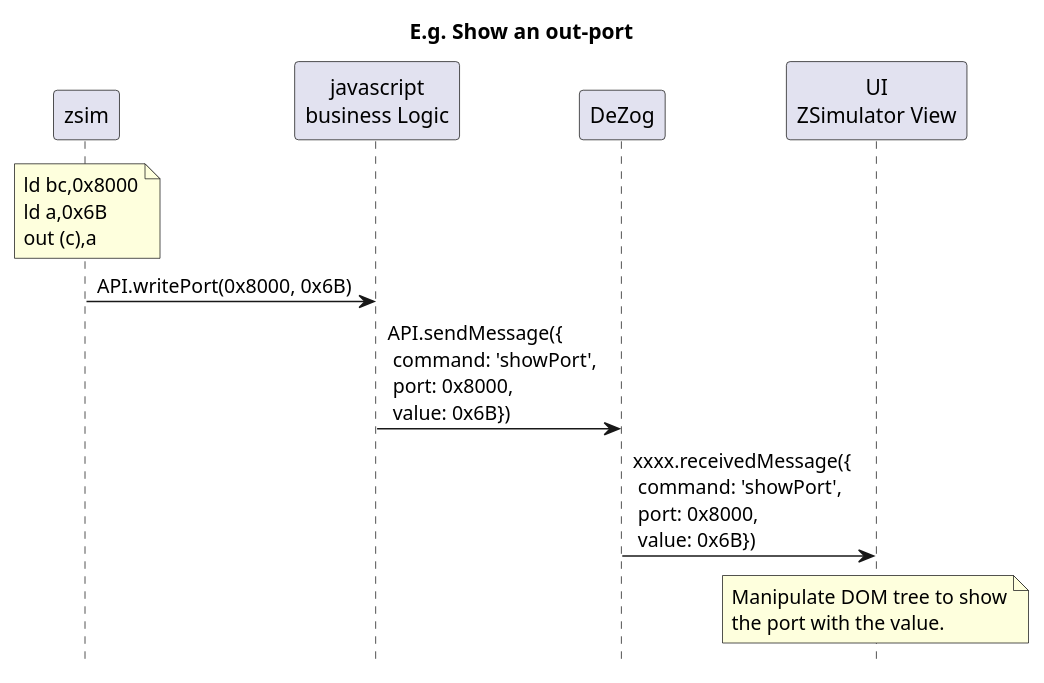
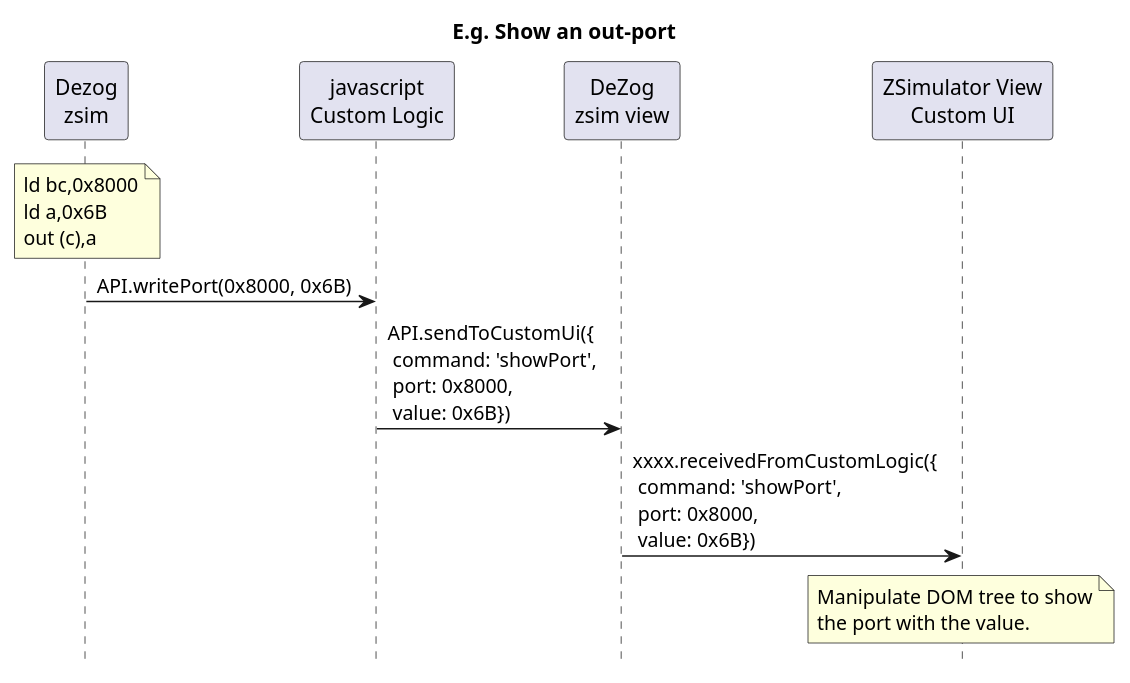
One commit to maziac/DeZog changed the seventh of 9 diagrams in documentation/zsimPeripherals.md. Above: the diagram before and after it, drawn with PlantUML. The commit also changed other lines of this file and 1 other file, not shown here.

```diff
--- a/documentation/zsimPeripherals.md
+++ b/documentation/zsimPeripherals.md
@@ -274,14 +274,14 @@
 ~~~puml
 hide footbox
 title E.g. Show an out-port
-participant zsim
-participant js as "javascript\nbusiness Logic"
-participant dezog as "DeZog"
-participant ui as "UI\nZSimulator View"
+participant zsim as "Dezog\nzsim"
+participant js as "javascript\nCustom Logic"
+participant dezog as "DeZog\nzsim view"
+participant ui as "ZSimulator View\nCustom UI"
 
 note over zsim: ld bc,0x8000\nld a,0x6B\nout (c),a
 zsim -> js: API.writePort(0x8000, 0x6B)
-js -> dezog: API.sendMessage({\n command: 'showPort',\n port: 0x8000,\n value: 0x6B})
-dezog -> ui: xxxx.receivedMessage({\n command: 'showPort',\n port: 0x8000,\n value: 0x6B})
+js -> dezog: API.sendToCustomUi({\n command: 'showPort',\n port: 0x8000,\n value: 0x6B})
+dezog -> ui: xxxx.receivedFromCustomLogic({\n command: 'showPort',\n port: 0x8000,\n value: 0x6B})
 note over ui: Manipulate DOM tree to show\nthe port with the value.
 ~~~
```
